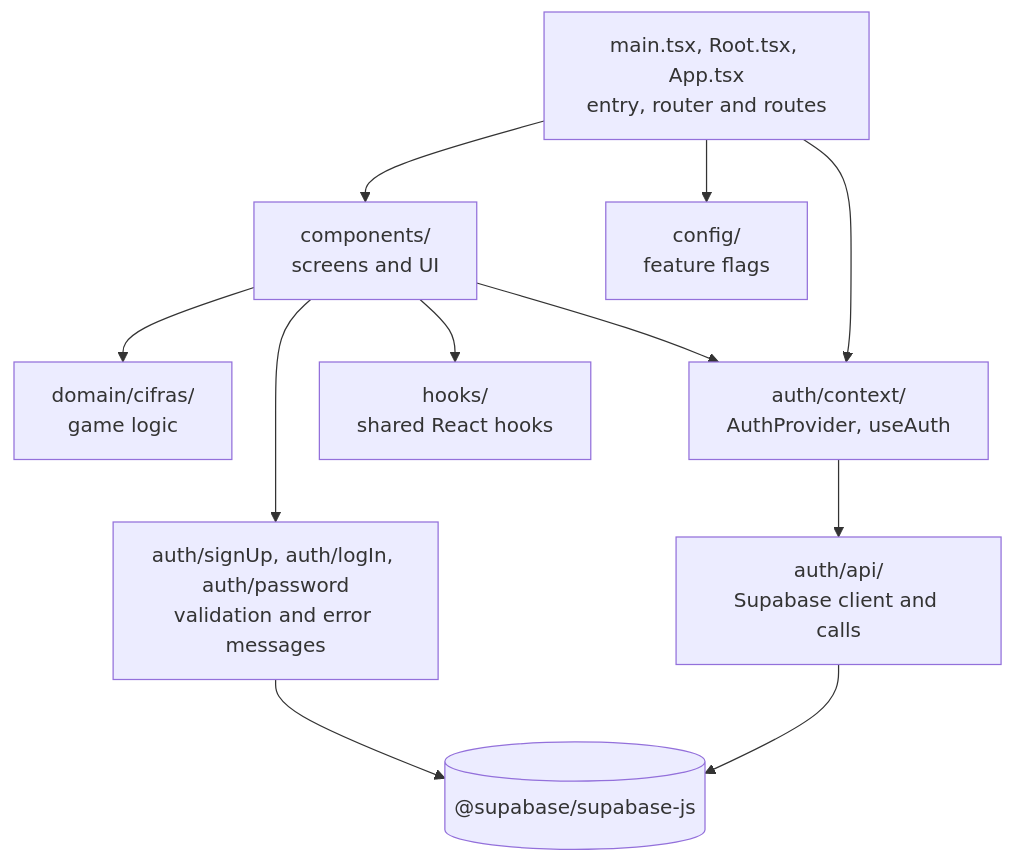
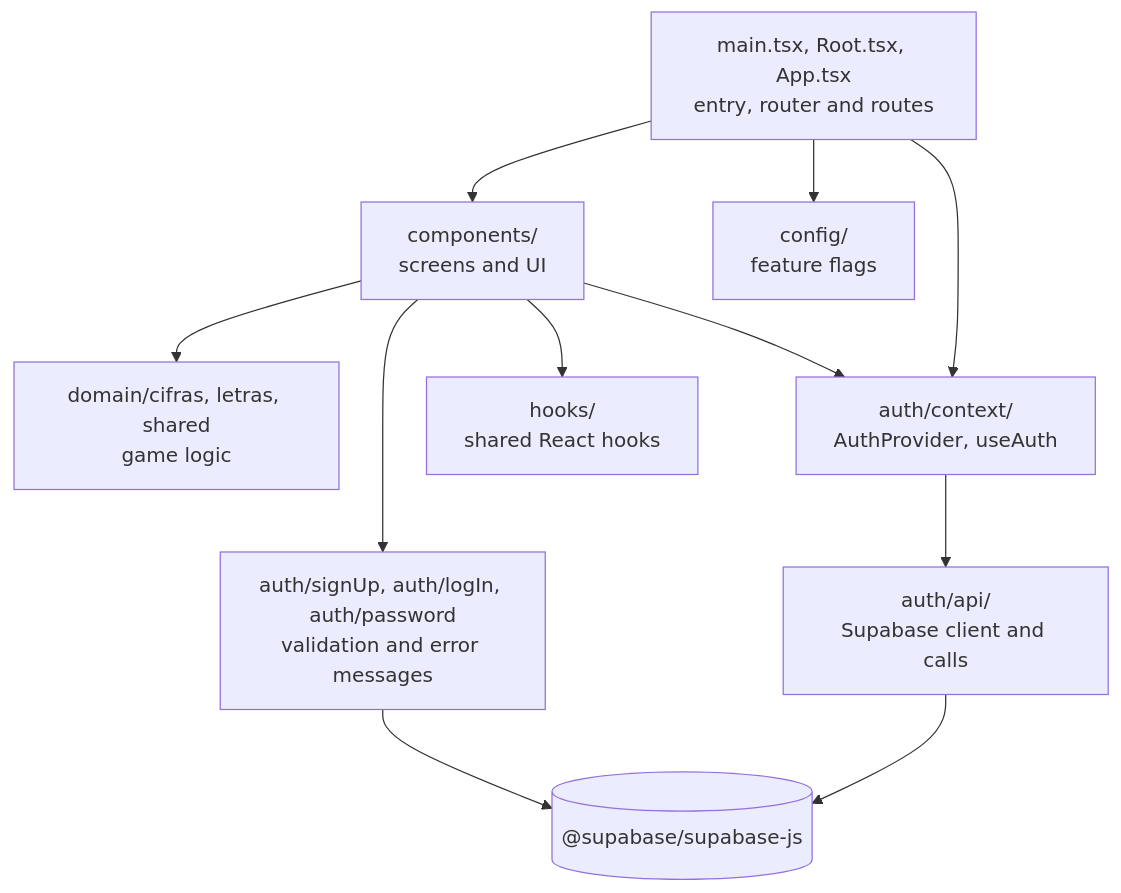
The second of 2 diagrams in docs/architecture.md (MatiCoding/calculetra), drawn with Mermaid before and after one commit. The commit also changed other lines of this file and 3 other files, not shown here.

First line of the commit message:
docs: describe the Letras game

````diff
--- a/docs/architecture.md
+++ b/docs/architecture.md
@@ -55,23 +56,23 @@
 ```mermaid
 flowchart TD
     entry["main.tsx, Root.tsx, App.tsx<br/>entry, router and routes"]
     components["components/<br/>screens and UI"]
-    domain["domain/cifras/<br/>game logic"]
+    domain["domain/cifras, letras, shared<br/>game logic"]
     authContext["auth/context/<br/>AuthProvider, useAuth"]
     authForms["auth/signUp, auth/logIn, auth/password<br/>validation and error messages"]
     authApi["auth/api/<br/>Supabase client and calls"]
     config["config/<br/>feature flags"]
     hooks["hooks/<br/>shared React hooks"]
     supabaseLib[("@supabase/supabase-js")]
 
     entry --> components
     entry --> authContext
     entry --> config
     components --> domain
     components --> authContext
     components --> authForms
     components --> hooks
     authContext --> authApi
     authApi --> supabaseLib
     authForms --> supabaseLib
 ```
````
